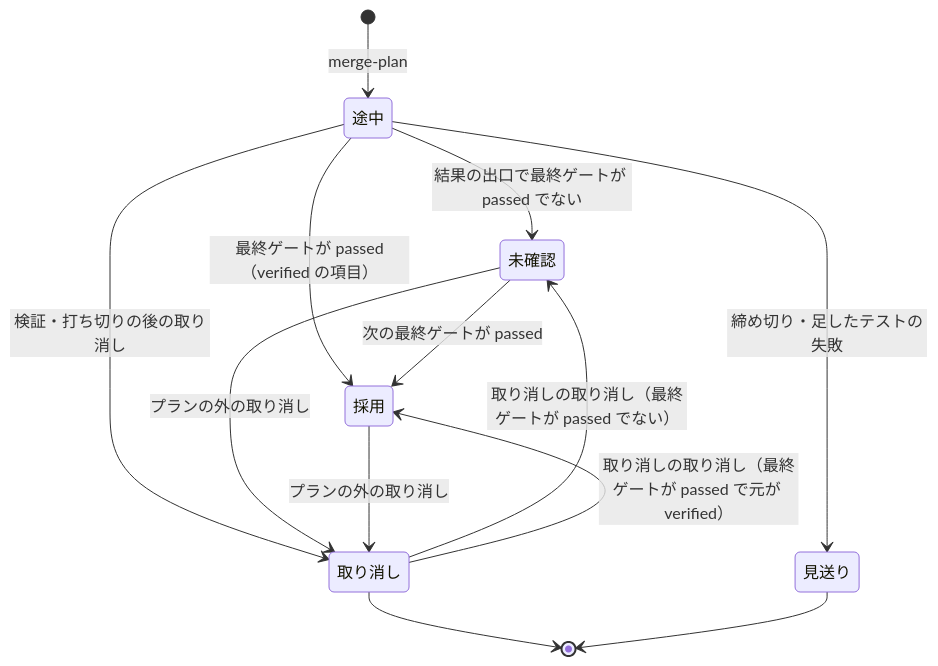
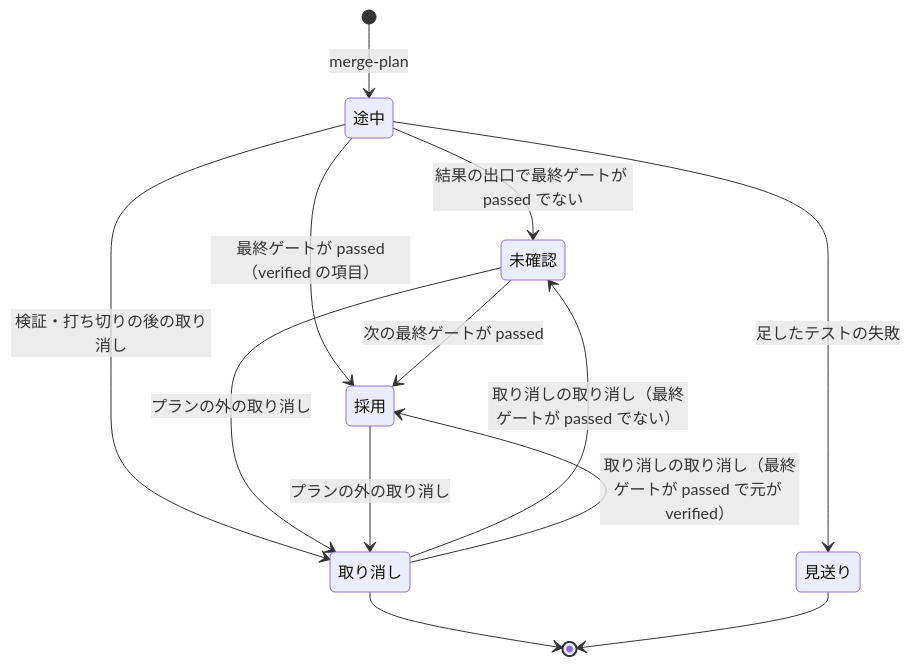
Before and after one commit to devbasex/ai-plugins: the diagram in docs/specifications/cross-refactoring-plan-comment-at-exits.md, drawn with Mermaid. The commit also changed 3 other files, not shown here.

````diff
--- a/docs/specifications/cross-refactoring-plan-comment-at-exits.md
+++ b/docs/specifications/cross-refactoring-plan-comment-at-exits.md
@@ -116,15 +116,15 @@
 ```mermaid
 stateDiagram-v2
     [*] --> 途中: merge-plan
     途中 --> 未確認: 結果の出口で最終ゲートが passed でない
     途中 --> 採用: 最終ゲートが passed（verified の項目）
     途中 --> 取り消し: 検証・打ち切りの後の取り消し
-    途中 --> 見送り: 締め切り・足したテストの失敗
+    途中 --> 見送り: 足したテストの失敗
     未確認 --> 採用: 次の最終ゲートが passed
     未確認 --> 取り消し: プランの外の取り消し
     採用 --> 取り消し: プランの外の取り消し
     取り消し --> 未確認: 取り消しの取り消し（最終ゲートが passed でない）
     取り消し --> 採用: 取り消しの取り消し（最終ゲートが passed で元が verified）
     取り消し --> [*]
     見送り --> [*]
 ```
````
